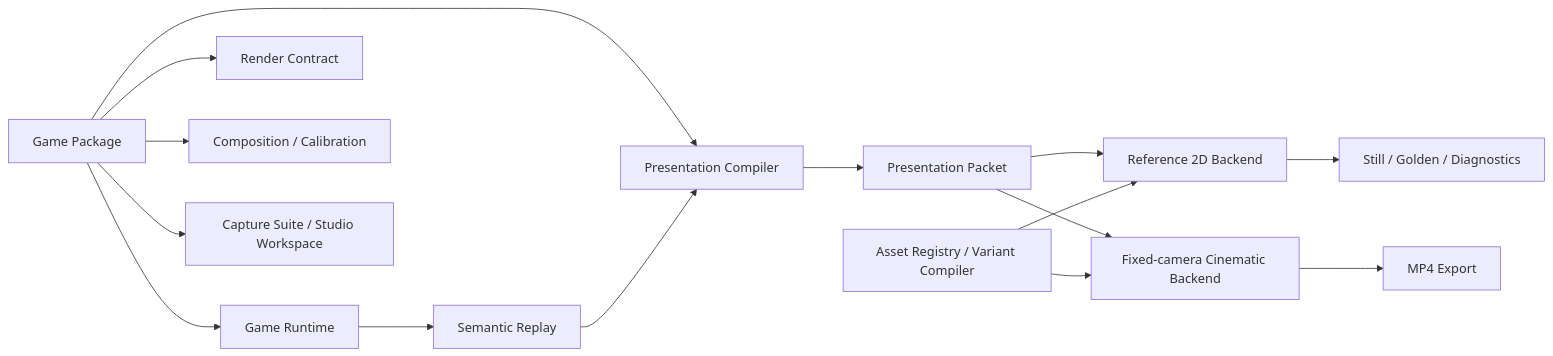
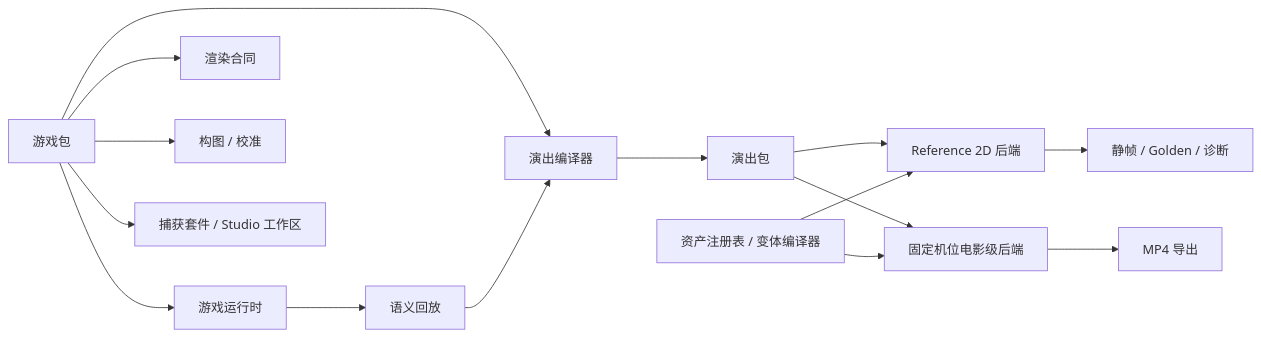
The diagram in README.md (dongyuan21/melo-game-creative-studio), drawn with Mermaid before and after one commit. The commit also changed other lines of this file, not shown here.

````diff
--- a/README.md
+++ b/README.md
@@ -73,19 +73,19 @@
 ```mermaid
 flowchart LR
-    A[Game Package] --> B[Game Runtime]
-    A --> C[Presentation Compiler]
-    A --> D[Render Contract]
-    A --> E[Composition / Calibration]
-    A --> F[Capture Suite / Studio Workspace]
+    A[游戏包] --> B[游戏运行时]
+    A --> C[演出编译器]
+    A --> D[渲染合同]
+    A --> E[构图 / 校准]
+    A --> F[捕获套件 / Studio 工作区]
 
-    B --> G[Semantic Replay]
+    B --> G[语义回放]
     G --> C
-    C --> H[Presentation Packet]
-    H --> I[Reference 2D Backend]
-    H --> J[Fixed-camera Cinematic Backend]
+    C --> H[演出包]
+    H --> I[Reference 2D 后端]
+    H --> J[固定机位电影级后端]
 
-    K[Asset Registry / Variant Compiler] --> I
+    K[资产注册表 / 变体编译器] --> I
     K --> J
-    I --> L[Still / Golden / Diagnostics]
-    J --> M[MP4 Export]
+    I --> L[静帧 / Golden / 诊断]
+    J --> M[MP4 导出]
 ```
````
